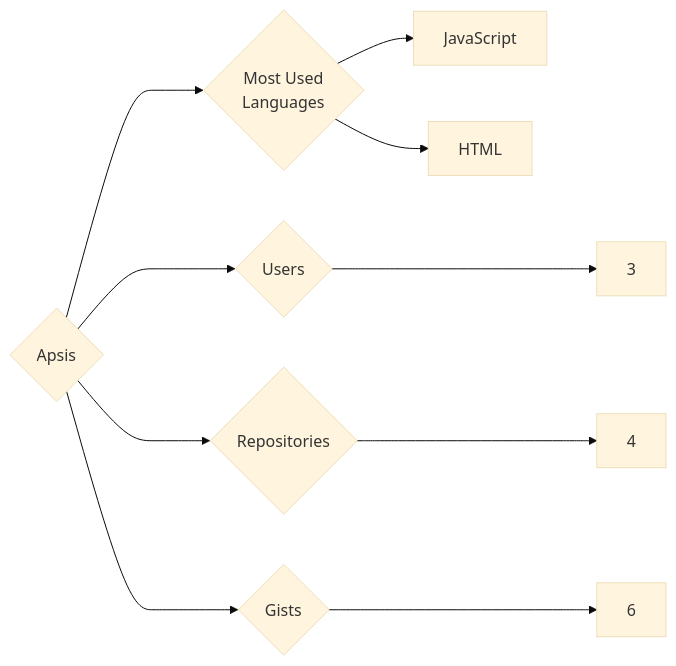
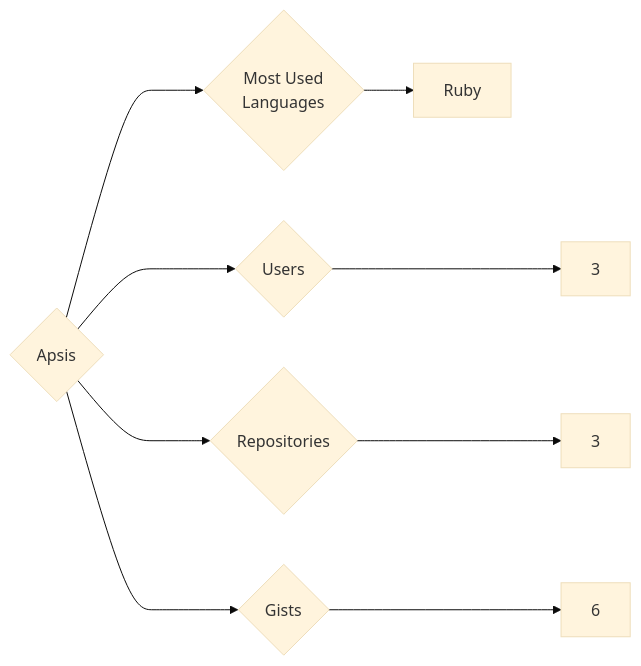
One commit to trickest/insiders changed the diagram in targets/Apsis/README.md. Above: the diagram before and after it, drawn with Mermaid (base theme). The commit also changed 845 other files, not shown here.

````diff
--- a/targets/Apsis/README.md
+++ b/targets/Apsis/README.md
@@ -3,10 +3,9 @@
 ```mermaid
 graph LR
 COMPANY_NAME{Apsis}
 COMPANY_NAME ---> U{Users} ---> UN[3]
-COMPANY_NAME ---> R{Repositories} ---> RN[4]
+COMPANY_NAME ---> R{Repositories} ---> RN[3]
 COMPANY_NAME ---> G{Gists} ---> GN[6]
 COMPANY_NAME ---> ML{Most Used<br>Languages}
-ML --> JavaScript[JavaScript]
-ML --> HTML[HTML]
+ML --> Ruby[Ruby]
 ```
````
